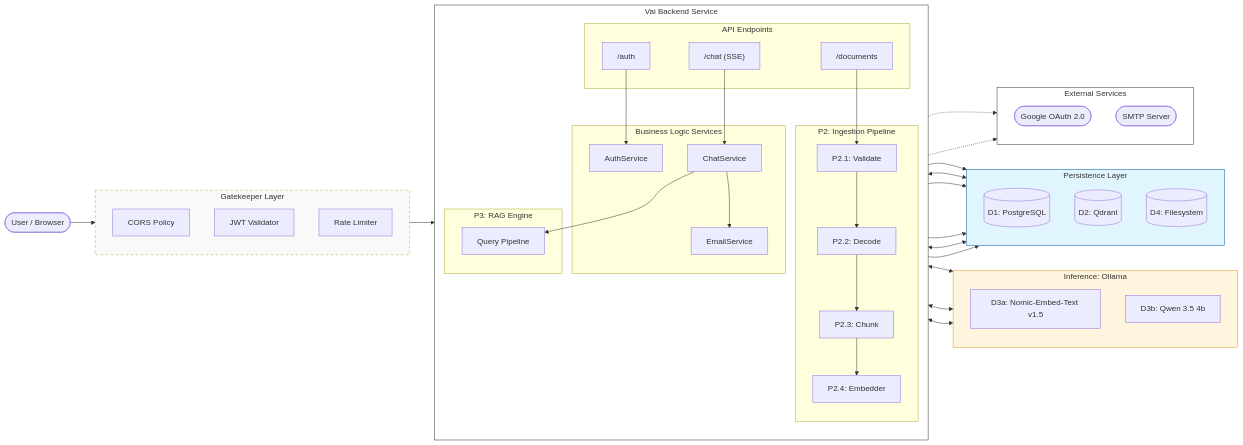
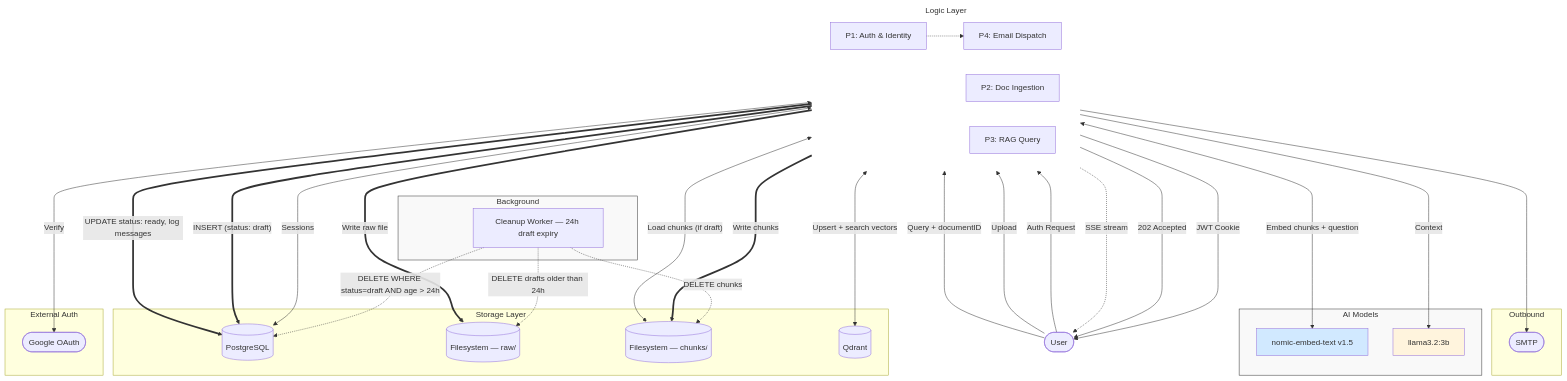
Before and after one commit to ABDELRAHMAN-ELRAYES/Vai: the first of 8 diagrams in docs/diagrams/Architecture_Diagram.md, drawn with Mermaid. The commit also changed other lines of this file and 14 other files, not shown here.

````diff
--- a/docs/diagrams/Architecture_Diagram.md
+++ b/docs/diagrams/Architecture_Diagram.md
@@ -12,100 +12,68 @@
 ```mermaid
-graph LR
-    %% Column 1: Client
-    User([User / Browser])
+flowchart TD
+    User([User])
 
-    %% Column 2: Gateway
-    subgraph Middleware [Gatekeeper Layer]
-        direction TB
-        CORS[CORS Policy]
-        Auth[JWT Validator]
-        Limit[Rate Limiter]
+    subgraph Engines [Logic Layer]
+        direction LR
+        P1[P1: Auth & Identity]
+        P2[P2: Doc Ingestion]
+        P3[P3: RAG Query]
+        P4[P4: Email Dispatch]
     end
 
-    %% Column 3: Go Backend logic
-    subgraph App [Vai Backend Service]
-        direction TB
-        subgraph Handlers [API Endpoints]
-            H_Auth["/auth"]
-            H_Chat["/chat (SSE)"]
-            H_Docs["/documents"]
-        end
-
-        subgraph Logic [Business Logic Services]
-            S_Auth[AuthService]
-            S_Chat[ChatService]
-            S_Email[EmailService]
-        end
-
-        subgraph P2_Ingestion [P2: Ingestion Pipeline]
-            P2_1[P2.1: Validate]
-            P2_2[P2.2: Decode]
-            P2_3[P2.3: Chunk]
-            P2_4[P2.4: Embedder]
-        end
-
-        subgraph P3_RAG [P3: RAG Engine]
-            Pipe[Query Pipeline]
-        end
+    subgraph Auth_System [External Auth]
+        Google([Google OAuth])
     end
 
-    %% Column 4: Infrastructure & AI
-    subgraph AI [Inference: Ollama]
-        direction TB
-        M_Emb["D3a: Nomic-Embed-Text v1.5"]
-        M_Gen["D3b: Qwen 3.5 4b"]
+    subgraph Storage [Storage Layer]
+        DB[(PostgreSQL)]
+        FS_RAW[(Filesystem — raw/)]
+        FS_TMP[(Filesystem — chunks/)]
+        QD[(Qdrant)]
     end
 
-    subgraph Data [Persistence Layer]
-        direction TB
-        PG[("D1: PostgreSQL")]
-        QD[("D2: Qdrant")]
-        FS[("D4: Filesystem")]
+    subgraph Ollama [AI Models]
+        OL_EMB[nomic-embed-text v1.5]
+        OL_GEN[llama3.2:3b]
     end
 
-    subgraph External [External Services]
-        direction TB
-        Google([Google OAuth 2.0])
-        SMTP([SMTP Server])
+    subgraph Comms [Outbound]
+        SMTP([SMTP])
     end
 
-    %% --- THE UPDATED FLOW ---
+    subgraph Cleanup [Background]
+        BG[Cleanup Worker — 24h draft expiry]
+    end
 
-    %% Entry
-    User --> Middleware
-    Middleware --> Handlers
+    User --->|"Auth Request"| P1
+    P1 <--->|"Verify"| Google
+    P1 <--->|"Sessions"| DB
+    P1 --->|"JWT Cookie"| User
 
-    %% Auth Flow
-    H_Auth --> S_Auth
-    S_Auth --> PG
-    S_Auth -.-> Google
+    User --->|"Upload"| P2
+    P2 ==>|"Write raw file"| FS_RAW
+    P2 ==>|"Write chunks"| FS_TMP
+    P2 ==>|"INSERT (status: draft)"| DB
+    P2 --->|"202 Accepted"| User
 
-    %% Document Ingestion Flow (P2 Logic)
-    H_Docs --> P2_1
-    P2_1 --> P2_2
-    P2_2 <--> FS
-    P2_2 --> P2_3
-    P2_3 --> P2_4
-    P2_4 <--> M_Emb
-    P2_4 --> QD
-    P2_4 --> PG
+    User --->|"Query + documentID"| P3
+    P3 <-->|"Load chunks (if draft)"| FS_TMP
+    P3 <-->|"Embed chunks + question"| OL_EMB
+    P3 <-->|"Upsert + search vectors"| QD
+    P3 --->|"Context"| OL_GEN
+    P3 ==>|"UPDATE status: ready, log messages"| DB
+    P3 -.->|"SSE stream"| User
 
-    %% Chat/RAG Flow (P3 Logic)
-    H_Chat --> S_Chat
-    S_Chat --> Pipe
-    Pipe <--> M_Emb
-    Pipe <--> QD
-    Pipe <--> M_Gen
-    Pipe --> PG
+    P1 -.-> P4
+    P4 ---> SMTP
 
-    %% Email Trigger
-    S_Chat --> S_Email
-    S_Email -.-> SMTP
+    BG -.->|"DELETE drafts older than 24h"| FS_RAW
+    BG -.->|"DELETE chunks"| FS_TMP
+    BG -.->|"DELETE WHERE status=draft AND age > 24h"| DB
 
-    %% Final Styling applied from the second diagram
-    style Middleware fill:#f9f9f9,stroke-dasharray: 5 5
-    style App fill:#ffffff,stroke:#333
-    style AI fill:#fff4dd,stroke:#d4a017
-    style Data fill:#e1f5fe,stroke:#01579b
-    style External fill:#ffffff,stroke:#333
+    style Engines fill:none,stroke:none
+    style Ollama fill:#f9f9f9,stroke:#333
+    style OL_EMB fill:#d1e9ff
+    style OL_GEN fill:#fff4dd
+    style Cleanup fill:#f9f9f9,stroke:#333,stroke-width:1px
 ```
````
